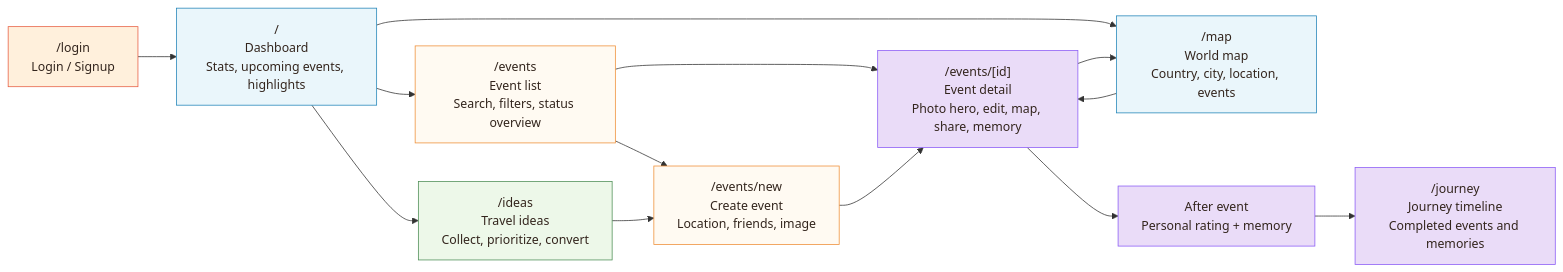
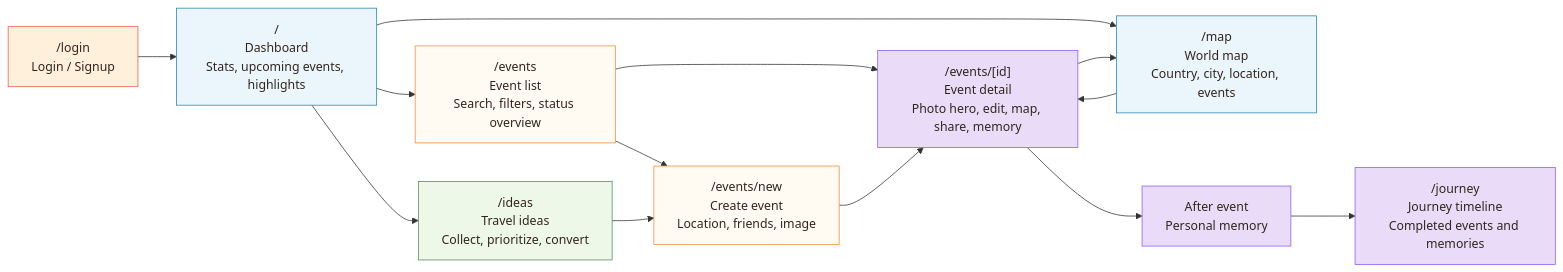
The diagram in README.md (difrodar/traveljourneyapp), drawn with Mermaid before and after one commit. The commit also changed other lines of this file and 15 other files, not shown here.

````diff
--- a/README.md
+++ b/README.md
@@ -56,27 +56,27 @@
 ```mermaid
 flowchart LR
     Login["/login<br/>Login / Signup"] --> Dashboard["/<br/>Dashboard<br/>Stats, upcoming events, highlights"]
     Dashboard --> Events["/events<br/>Event list<br/>Search, filters, status overview"]
     Dashboard --> Map["/map<br/>World map<br/>Country, city, location, events"]
     Dashboard --> Ideas["/ideas<br/>Travel ideas<br/>Collect, prioritize, convert"]
     Events --> NewEvent["/events/new<br/>Create event<br/>Location, friends, image"]
     Events --> Detail["/events/[id]<br/>Event detail<br/>Photo hero, edit, map, share, memory"]
     NewEvent --> Detail
     Detail --> Map
     Map --> Detail
-    Detail --> AfterEvent["After event<br/>Personal rating + memory"]
+    Detail --> AfterEvent["After event<br/>Personal memory"]
     AfterEvent --> Journey["/journey<br/>Journey timeline<br/>Completed events and memories"]
     Ideas --> NewEvent
 
     classDef auth fill:#fff0dc,stroke:#e75f43,color:#33251d
     classDef main fill:#eaf6fb,stroke:#2385b8,color:#33251d
     classDef event fill:#fffaf2,stroke:#ef8f38,color:#33251d
     classDef memory fill:#eadcf8,stroke:#8b5cf6,color:#33251d
     classDef idea fill:#edf8e9,stroke:#4f8f57,color:#33251d
 
     class Login auth
     class Dashboard,Map main
     class Events,NewEvent event
     class Detail,AfterEvent,Journey memory
     class Ideas idea
 ```
````
